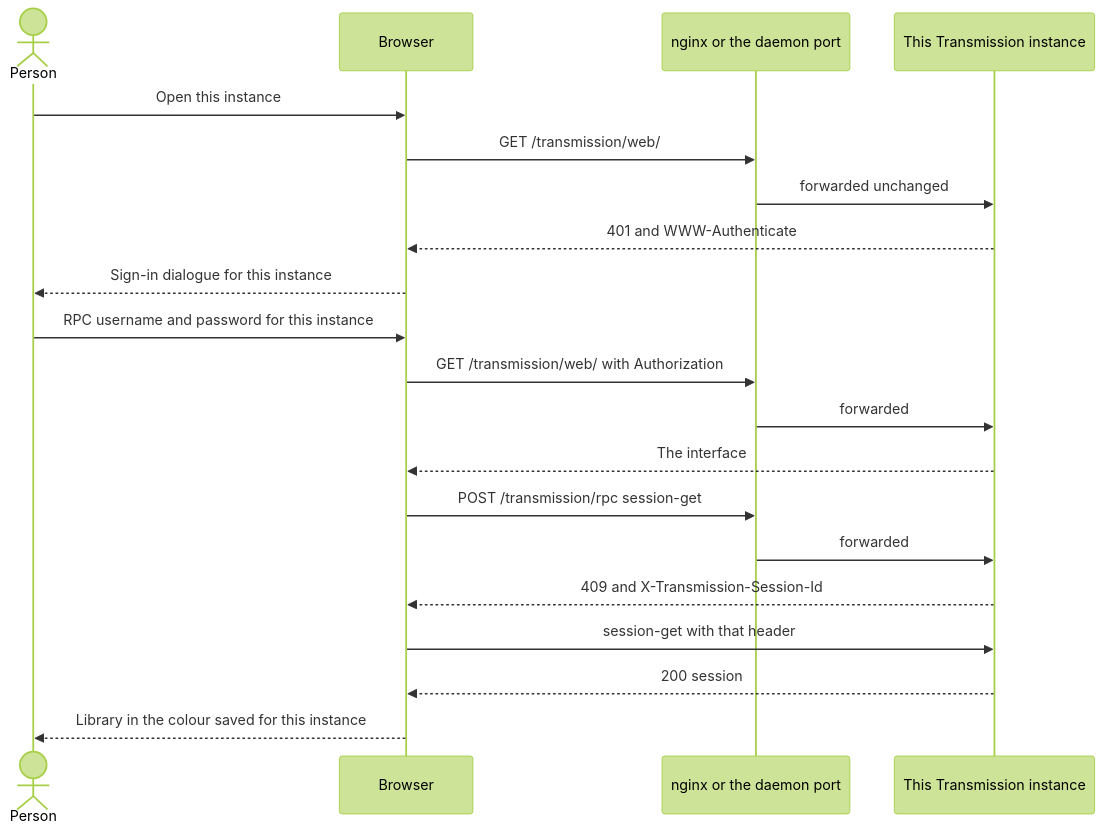
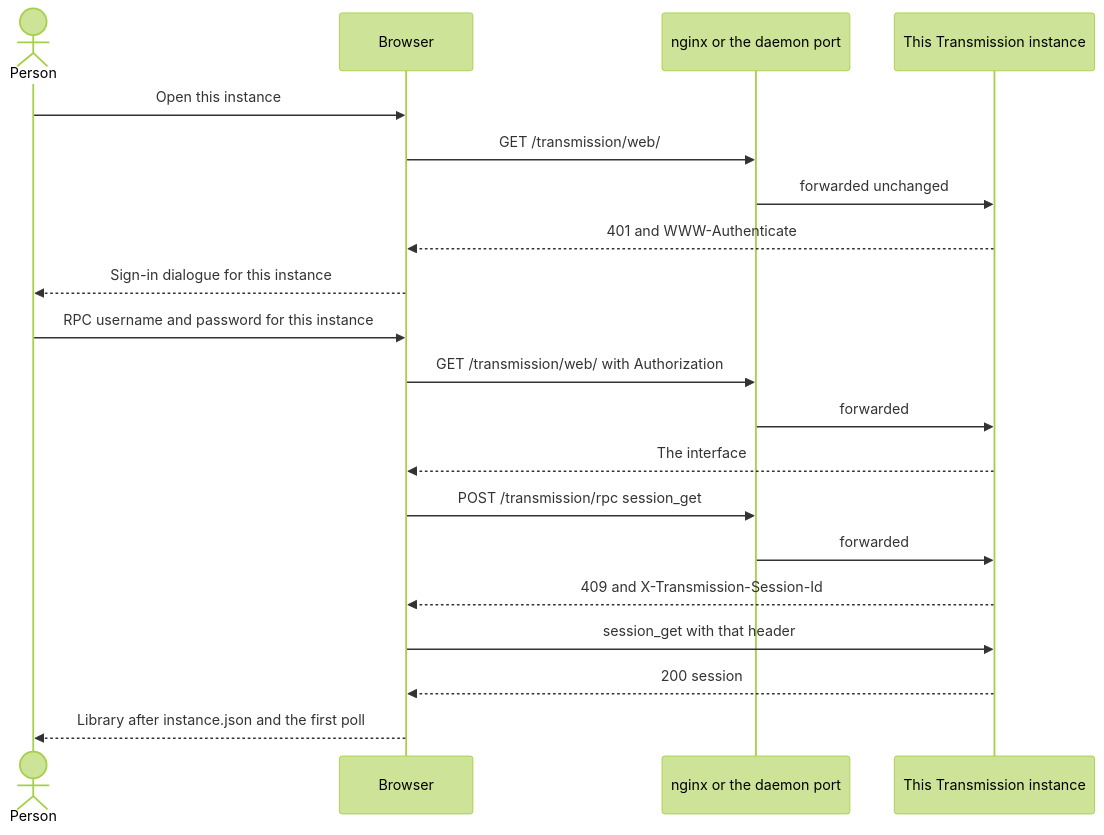
Before and after one commit to schleising/transmission-webui: the third of 6 diagrams in Design/transmission-webui.md, drawn with Mermaid (forest theme). The commit also changed other lines of this file and 1 other file, not shown here.

Commit message:
Revise Transmission WebUI design documentation to reflect updates for Transmission 4.1.3, including changes to the wire protocol, polling method names, and interface versioning. Clarify instance color and title management, and enhance details on local and remote access configurations.

````diff
--- a/Design/transmission-webui.md
+++ b/Design/transmission-webui.md
@@ -150,23 +204,23 @@
 ```mermaid
 sequenceDiagram
   actor Person
   participant Browser
   participant Edge as nginx or the daemon port
   participant Daemon as This Transmission instance
 
   Person->>Browser: Open this instance
   Browser->>Edge: GET /transmission/web/
   Edge->>Daemon: forwarded unchanged
   Daemon-->>Browser: 401 and WWW-Authenticate
   Browser-->>Person: Sign-in dialogue for this instance
   Person->>Browser: RPC username and password for this instance
   Browser->>Edge: GET /transmission/web/ with Authorization
   Edge->>Daemon: forwarded
   Daemon-->>Browser: The interface
-  Browser->>Edge: POST /transmission/rpc session-get
+  Browser->>Edge: POST /transmission/rpc session_get
   Edge->>Daemon: forwarded
   Daemon-->>Browser: 409 and X-Transmission-Session-Id
-  Browser->>Daemon: session-get with that header
+  Browser->>Daemon: session_get with that header
   Daemon-->>Browser: 200 session
-  Browser-->>Person: Library in the colour saved for this instance
+  Browser-->>Person: Library after instance.json and the first poll
 ```
````
